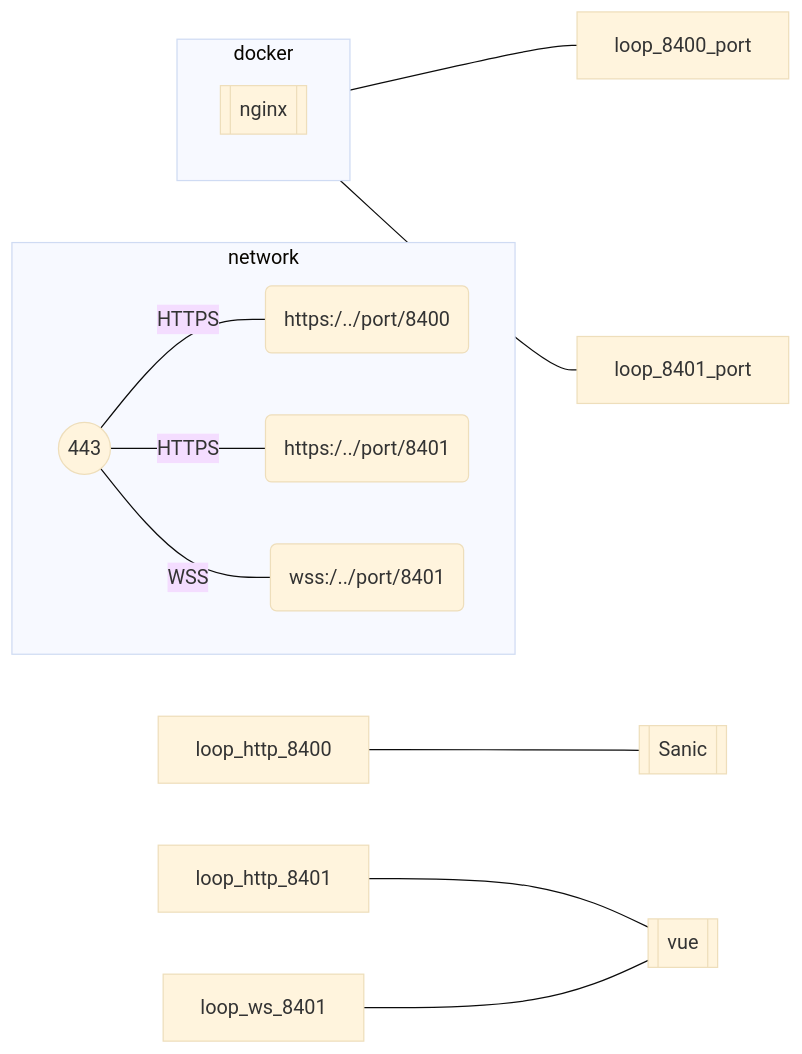
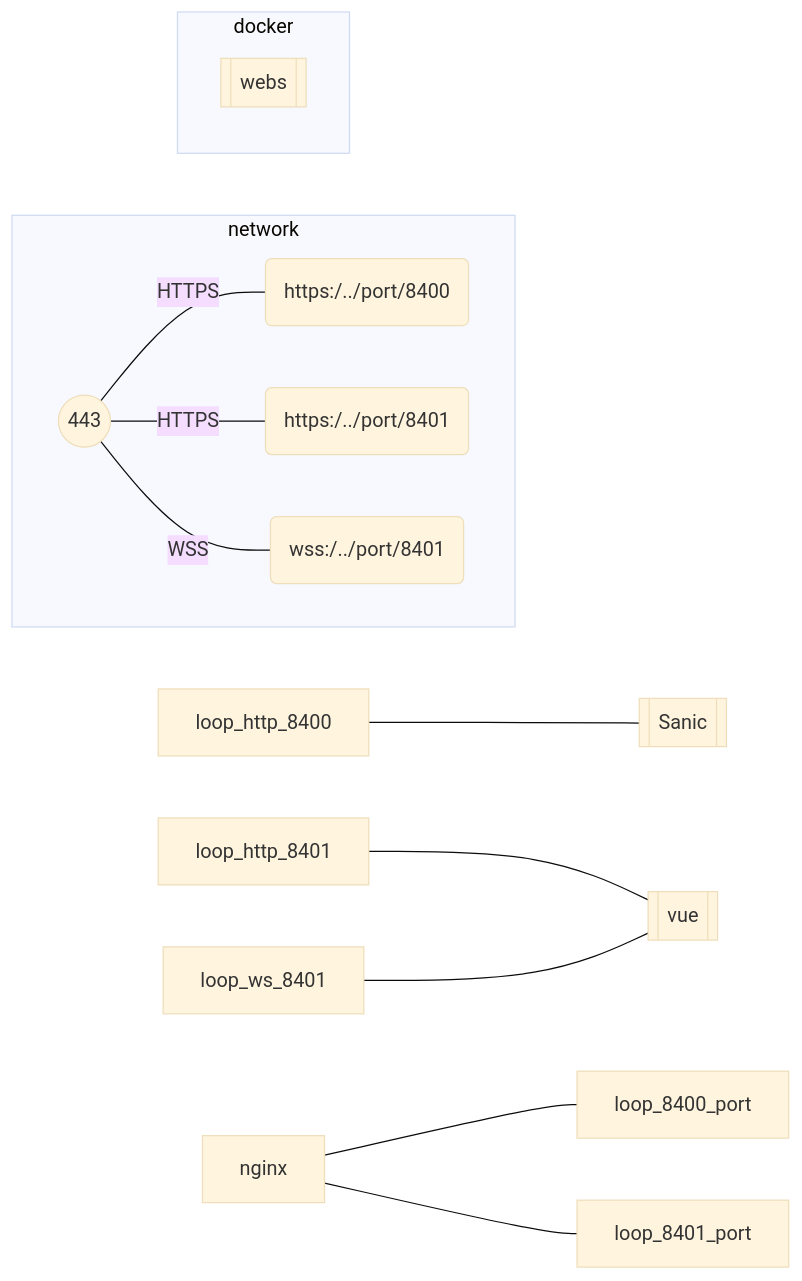
The third of 5 diagrams in natural4-server/natural4_server/nginx-proxy.md (smucclaw/gsheet), drawn with Mermaid (base theme) before and after one commit.

Commit message:
Change node

````diff
--- a/natural4-server/natural4_server/nginx-proxy.md
+++ b/natural4-server/natural4_server/nginx-proxy.md
@@ -64,21 +64,21 @@
 ```mermaid
 flowchart LR
     subgraph network
         direction LR
         network_tls((  ))-- HTTPS ---network_https_8400(https:/../port/8400)
         network_tls((  ))-- HTTPS ---network_https_8401(https:/../port/8401)
         network_tls(( 443 ))-- WSS ---network_wss_8401(wss:/../port/8401)
     end
 
     subgraph docker
         direction TD
-        nginx[[nginx]]
+        webs[[ webs ]]
     end
 
     loop_http_8400---sanic[[ Sanic ]]
     loop_http_8401---vue[[ vue ]]
     loop_ws_8401---vue
     nginx---loop_8400_port
     nginx---loop_8401_port
  
 ```
````
